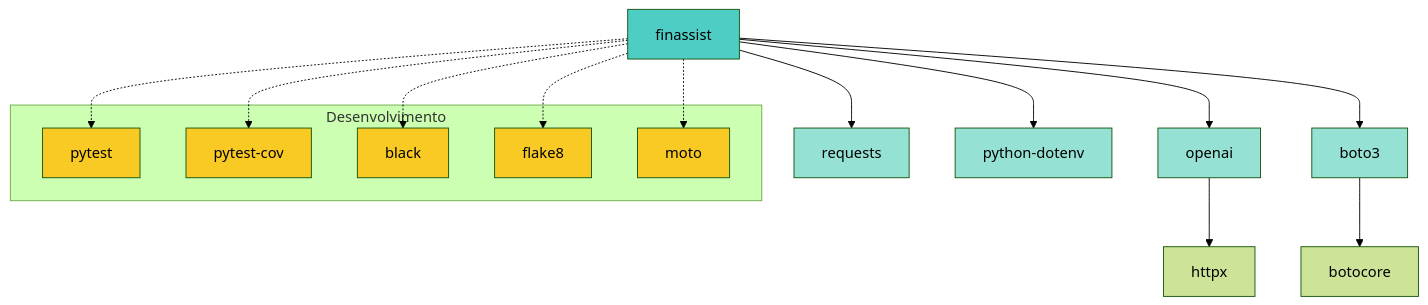
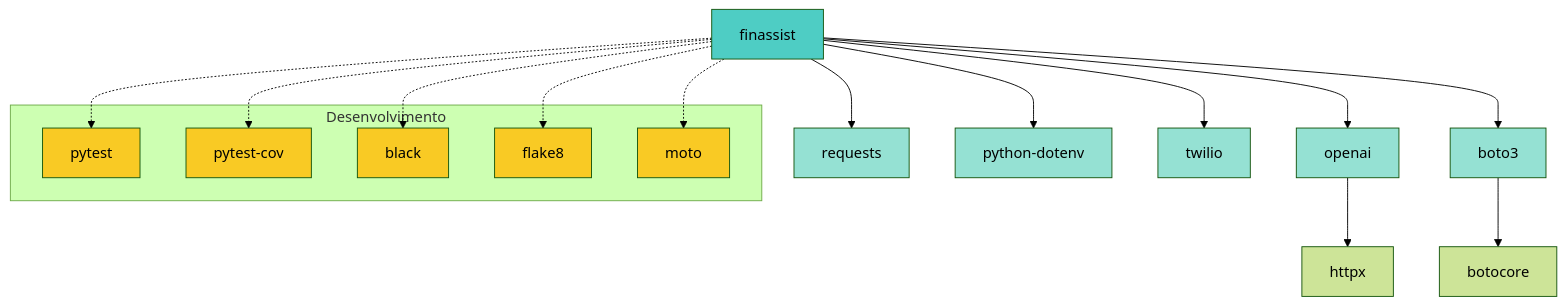
Before and after one commit to andremizuno/finassist: diagram 14 of 15 in docs/DIAGRAMAS.md, drawn with Mermaid (forest theme). The commit also changed other lines of this file, not shown here.

First line of the commit message:
docs: atualizar diagramas para refletir suporte a áudio

````diff
--- a/docs/DIAGRAMAS.md
+++ b/docs/DIAGRAMAS.md
@@ -545,35 +626,37 @@
 ```mermaid
 graph TD
     A[finassist] --> B[openai]
     A --> C[boto3]
     A --> D[requests]
     A --> E[python-dotenv]
+    A --> F[twilio]
 
-    B --> F[httpx]
-    C --> G[botocore]
+    B --> G[httpx]
+    C --> H[botocore]
 
     subgraph "Desenvolvimento"
-        H[pytest]
-        I[pytest-cov]
-        J[black]
-        K[flake8]
-        L[moto]
+        I[pytest]
+        J[pytest-cov]
+        K[black]
+        L[flake8]
+        M[moto]
     end
 
-    A -.-> H
     A -.-> I
     A -.-> J
     A -.-> K
     A -.-> L
+    A -.-> M
 
     style A fill:#4ecdc4
     style B fill:#95e1d3
     style C fill:#95e1d3
     style D fill:#95e1d3
     style E fill:#95e1d3
-    style H fill:#f9ca24
+    style F fill:#95e1d3
     style I fill:#f9ca24
     style J fill:#f9ca24
     style K fill:#f9ca24
     style L fill:#f9ca24
+    style M fill:#f9ca24
 ```
````
